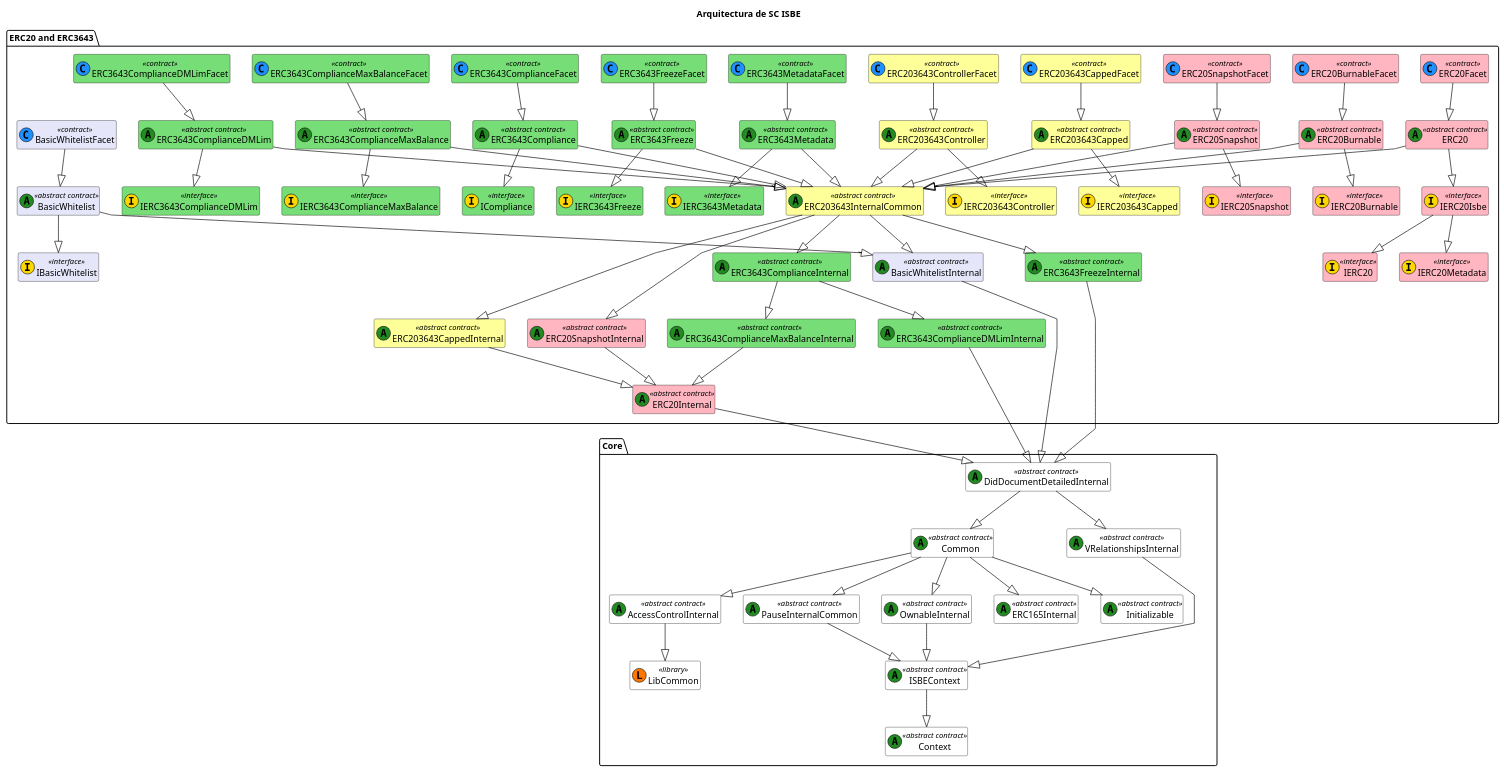
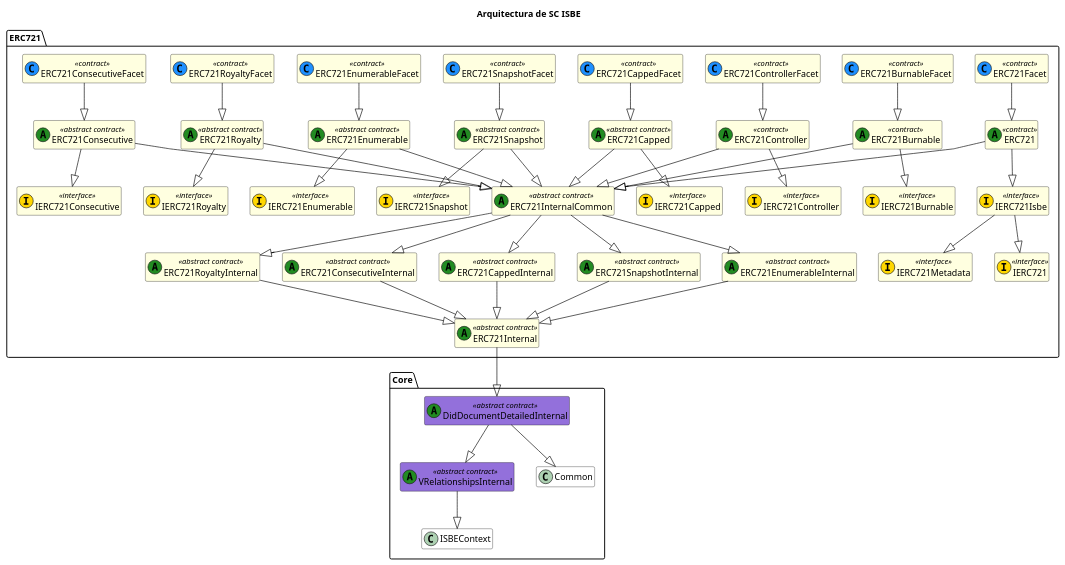
The diagram in docs/diagrams/ISBE-SC-UML-Global-Functional_2.puml (red-isbe/isbe-contracts), drawn with PlantUML before and after one commit. The commit also changed 18 other files, not shown here.

Commit message:
Update hierarchy relationship and uml diagrams to reflect current state (#361)

```diff
--- a/docs/diagrams/ISBE-SC-UML-Global-Functional_2.puml
+++ b/docs/diagrams/ISBE-SC-UML-Global-Functional_2.puml
@@ -1,184 +1,114 @@
 @startuml
 title Arquitectura de SC ISBE
 
 skinparam class {
     BackgroundColor White
     ArrowColor Black
     BorderColor Black
 }
 skinparam linetype polyline
 hide empty members
 
 ' === CORE ===
 package "Core" {
-    class Initializable <<(A,#228b22) abstract contract>>
-    class Common <<(A,#228b22) abstract contract>>
-    class DidDocumentDetailedInternal <<(A,#228b22) abstract contract>>
-    class VRelationshipsInternal <<(A,#228b22) abstract contract>>
-    class LibCommon << (L,#FF7700) library >>
-    class ISBEContext <<(A,#228b22) abstract contract>>
-    class AccessControlInternal <<(A,#228b22) abstract contract>> 
-    class PauseInternalCommon <<(A,#228b22) abstract contract>> 
-    class OwnableInternal <<(A,#228b22) abstract contract>> 
-    class ERC165Internal <<(A,#228b22) abstract contract>>
-    class Context <<(A,#228b22) abstract contract>>
+
+  ' --- DID and VRelationShip---
+    class DidDocumentDetailedInternal <<(A,#228b22) abstract contract>> #9370DB
+    class VRelationshipsInternal <<(A,#228b22) abstract contract>> #9370DB
 
     DidDocumentDetailedInternal --|> Common
     DidDocumentDetailedInternal --|> VRelationshipsInternal 
-    Common --|> Initializable
-    Common --|> ERC165Internal
-    Common --|> AccessControlInternal
-    Common --|> OwnableInternal
-    Common --|> PauseInternalCommon
     VRelationshipsInternal--|> ISBEContext
-    PauseInternalCommon --|> ISBEContext
-    OwnableInternal --|> ISBEContext
-    ISBEContext --|> Context
-    AccessControlInternal --|> LibCommon
+
 }
 
+' === ERC721 ===
+package "ERC721" {
+    class IERC721 <<(I,#FFD700) interface>> #FFFFE0
+    class IERC721Metadata <<(I,#FFD700) interface>> #FFFFE0
+    class IERC721Isbe <<(I,#FFD700) interface>> #FFFFE0  
+    class ERC721Internal <<(A,#228B22) abstract contract>> #FFFFE0
+    class ERC721InternalCommon <<(A,#228B22) abstract contract>> #FFFFE0
+    class ERC721 <<(A,#228B22) contract>> #FFFFE0
+    class ERC721Facet <<(C,#1E90FF) contract>> #FFFFE0
 
+    ERC721 --|> IERC721Isbe
+    IERC721Isbe--|> IERC721
+    IERC721Isbe--|> IERC721Metadata
+    ERC721 --|> ERC721InternalCommon
+    ERC721Internal --|> DidDocumentDetailedInternal 
+    ERC721Facet --|> ERC721
 
+    class IERC721Burnable <<(I,#FFD700) interface>> #FFFFE0
+    class ERC721Burnable <<(A,#228B22) contract>> #FFFFE0
+    class ERC721BurnableFacet <<(C,#1E90FF) contract>> #FFFFE0
 
-' === ERC20 and ERC3643 ===
-package "ERC20 and ERC3643" {
-    class IERC20 <<(I,#FFD700) interface>> #FFB6C1
-    class IERC20Metadata <<(I,#FFD700) interface>> #FFB6C1
-    class IERC20Isbe <<(I,#FFD700) interface>> #FFB6C1
-    class IERC20Burnable <<(I,#FFD700) interface>> #FFB6C1
-    class IERC20Snapshot <<(I,#FFD700) interface>> #FFB6C1
-    class IERC203643Capped <<(I,#FFD700) interface>> #FFFF99
-    class IERC203643Controller <<(I,#FFD700) interface>> #FFFF99
+    ERC721BurnableFacet --|> ERC721Burnable
+    ERC721Burnable --|> IERC721Burnable
+    ERC721Burnable --|> ERC721InternalCommon
+
+    class IERC721Controller <<(I,#FFD700) interface>> #FFFFE0
+    class ERC721Controller <<(A,#228B22) contract>> #FFFFE0
+    class ERC721ControllerFacet <<(C,#1E90FF) contract>> #FFFFE0
+
+    ERC721ControllerFacet --|> ERC721Controller
+    ERC721Controller --|> IERC721Controller
+    ERC721Controller --|> ERC721InternalCommon
+
+    class IERC721Capped <<(I,#FFD700) interface>> #FFFFE0
+    class ERC721CappedInternal <<(A,#228B22) abstract contract>> #FFFFE0
+    class ERC721Capped <<(A,#228B22) abstract contract>> #FFFFE0
+    class ERC721CappedFacet <<(C,#1E90FF) contract>> #FFFFE0
+ 
+    ERC721CappedFacet --|> ERC721Capped
+    ERC721Capped --|> IERC721Capped
+    ERC721Capped --|> ERC721InternalCommon
+    ERC721InternalCommon --|> ERC721CappedInternal
+    ERC721CappedInternal --|> ERC721Internal
+
+    class IERC721Snapshot <<(I,#FFD700) interface>> #FFFFE0
+    class ERC721SnapshotInternal <<(A,#228B22) abstract contract>> #FFFFE0
+    class ERC721Snapshot <<(A,#228B22) abstract contract>> #FFFFE0
+    class ERC721SnapshotFacet <<(C,#1E90FF) contract>> #FFFFE0
     
+    ERC721SnapshotFacet --|> ERC721Snapshot
+    ERC721Snapshot --|> IERC721Snapshot
+    ERC721Snapshot --|> ERC721InternalCommon
+    ERC721InternalCommon --|> ERC721SnapshotInternal
+    ERC721SnapshotInternal --|> ERC721Internal
 
-    class ERC20 <<(A,#228B22) abstract contract>> #FFB6C1
-    class ERC20Facet <<(C,#1E90FF) contract>> #FFB6C1
-    class ERC20Internal <<(A,#228B22) abstract contract>> #FFB6C1
+    class IERC721Enumerable <<(I,#FFD700) interface>> #FFFFE0
+    class ERC721EnumerableInternal <<(A,#228B22) abstract contract>> #FFFFE0
+    class ERC721Enumerable <<(A,#228B22) abstract contract>> #FFFFE0
+    class ERC721EnumerableFacet <<(C,#1E90FF) contract>> #FFFFE0
 
-    class ERC20Burnable <<(A,#228B22) abstract contract>> #FFB6C1
-    class ERC20BurnableFacet <<(C,#1E90FF) contract>> #FFB6C1
+    ERC721EnumerableFacet --|> ERC721Enumerable
+    ERC721Enumerable --|> IERC721Enumerable
+    ERC721Enumerable --|> ERC721InternalCommon
+    ERC721InternalCommon --|> ERC721EnumerableInternal
+    ERC721EnumerableInternal --|> ERC721Internal
 
-    class ERC20Snapshot <<(A,#228B22) abstract contract>> #FFB6C1
-    class ERC20SnapshotFacet <<(C,#1E90FF) contract>> #FFB6C1
-    class ERC20SnapshotInternal <<(A,#228B22) abstract contract>> #FFB6C1
+    class IERC721Royalty <<(I,#FFD700) interface>> #FFFFE0
+    class ERC721RoyaltyInternal <<(A,#228B22) abstract contract>> #FFFFE0
+    class ERC721Royalty <<(A,#228B22) abstract contract>> #FFFFE0
+    class ERC721RoyaltyFacet <<(C,#1E90FF) contract>> #FFFFE0
+    
+    ERC721RoyaltyFacet --|> ERC721Royalty
+    ERC721Royalty --|> IERC721Royalty
+    ERC721Royalty --|> ERC721InternalCommon
+    ERC721InternalCommon --|> ERC721RoyaltyInternal
+    ERC721RoyaltyInternal --|> ERC721Internal
 
-    class ERC203643Capped <<(A,#228B22) abstract contract>> #FFFF99
-    class ERC203643CappedFacet <<(C,#1E90FF) contract>> #FFFF99
-    class ERC203643CappedInternal <<(A,#228B22) abstract contract>> #FFFF99
+    class IERC721Consecutive <<(I,#FFD700) interface>> #FFFFE0
+    class ERC721ConsecutiveInternal <<(A,#228B22) abstract contract>> #FFFFE0
+    class ERC721Consecutive <<(A,#228B22) abstract contract>> #FFFFE0
+    class ERC721ConsecutiveFacet <<(C,#1E90FF) contract>> #FFFFE0
 
-    class ERC203643Controller <<(A,#228B22) abstract contract>> #FFFF99
-    class ERC203643ControllerFacet <<(C,#1E90FF) contract>> #FFFF99
-
-    
-
-    ERC20 --|> IERC20Isbe
-    IERC20Isbe --|> IERC20
-    IERC20Isbe --|> IERC20Metadata
-    
-  
-    ERC20Internal --|> DidDocumentDetailedInternal 
-    ERC20Facet --|> ERC20
-
-    ERC20Burnable --|> IERC20Burnable
-    ERC20BurnableFacet --|> ERC20Burnable
-
-    ERC203643Capped --|> IERC203643Capped
-    ERC203643CappedFacet --|> ERC203643Capped
-    ERC203643CappedInternal --|> ERC20Internal
-
-    ERC203643Controller --|> IERC203643Controller
-    ERC203643ControllerFacet --|> ERC203643Controller
-
-    ERC20Snapshot --|> IERC20Snapshot
-    ERC20SnapshotFacet --|> ERC20Snapshot
-    ERC20SnapshotInternal --|> ERC20Internal
-
-
-
-    ' --- Metadata ---
-    class IERC3643Metadata <<(I,#FFD700) interface>> #77DD77
-    class ERC3643Metadata <<(A,#228B22) abstract contract>> #77DD77
-    class ERC3643MetadataFacet <<(C,#1E90FF) contract>> #77DD77
-
-    ERC3643MetadataFacet --|> ERC3643Metadata 
-    ERC3643Metadata --|> IERC3643Metadata   
-
-    ' --- Freeze ---
-    class IERC3643Freeze <<(I,#FFD700) interface>> #77DD77
-    class ERC3643FreezeInternal <<(A,#228B22) abstract contract>> #77DD77
-    class ERC3643Freeze <<(A,#228B22) abstract contract>> #77DD77
-    class ERC3643FreezeFacet <<(C,#1E90FF) contract>> #77DD77
-
-    ERC3643FreezeFacet --|> ERC3643Freeze
-    ERC3643Freeze --|> IERC3643Freeze  
-    ERC3643FreezeInternal --|> DidDocumentDetailedInternal 
-
-    ' --- Compliance---
-    class ICompliance <<(I,#FFD700) interface>> #77DD77
-    class ERC3643ComplianceInternal <<(A,#228B22) abstract contract>> #77DD77
-    class ERC3643Compliance <<(A,#228B22) abstract contract>> #77DD77
-    class ERC3643ComplianceFacet <<(C,#1E90FF) contract>> #77DD77
-    
-    ERC3643ComplianceFacet --|> ERC3643Compliance
-    ERC3643Compliance --|> ICompliance   
-
-    ' --- Compliance Max Balance---
-    class IERC3643ComplianceMaxBalance <<(I,#FFD700) interface>> #77DD77
-    class ERC3643ComplianceMaxBalanceInternal <<(A,#228B22) abstract contract>> #77DD77
-    class ERC3643ComplianceMaxBalance <<(A,#228B22) abstract contract>> #77DD77
-    class ERC3643ComplianceMaxBalanceFacet <<(C,#1E90FF) contract>> #77DD77
-    
-    ERC3643ComplianceMaxBalanceFacet --|> ERC3643ComplianceMaxBalance
-    ERC3643ComplianceMaxBalance --|> IERC3643ComplianceMaxBalance 
-    ERC3643ComplianceMaxBalanceInternal --|> ERC20Internal
-
-    ERC3643ComplianceInternal --|> ERC3643ComplianceMaxBalanceInternal 
-
-   ' --- DM Limit---
-    class IERC3643ComplianceDMLim<<(I,#FFD700) interface>> #77DD77
-    class ERC3643ComplianceDMLimInternal<<(A,#228B22) abstract contract>> #77DD77
-    class ERC3643ComplianceDMLim<<(A,#228B22) abstract contract>> #77DD77
-    class ERC3643ComplianceDMLimFacet<<(C,#1E90FF) contract>> #77DD77
-    
-    ERC3643ComplianceDMLimFacet--|> ERC3643ComplianceDMLim
-    ERC3643ComplianceDMLim--|> IERC3643ComplianceDMLim
-    ERC3643ComplianceDMLimInternal--|> DidDocumentDetailedInternal
-
-    ERC3643ComplianceInternal --|> ERC3643ComplianceDMLimInternal
-
-    ' --- BasicWhitelist ---
-    class IBasicWhitelist <<(I,#FFD700) interface>> #E6E6FA
-    class BasicWhitelistInternal <<(A,#228B22) abstract contract>> #E6E6FA
-    class BasicWhitelist <<(A,#228B22) abstract contract>> #E6E6FA
-    class BasicWhitelistFacet <<(C,#1E90FF) contract>> #E6E6FA
-
-    BasicWhitelistFacet --|> BasicWhitelist
-    BasicWhitelist --|> IBasicWhitelist  
-    BasicWhitelist --|> BasicWhitelistInternal
-    BasicWhitelistInternal --|> DidDocumentDetailedInternal 
-    
-
-    ' --- ERC203643 Internal Common ---
-    class ERC203643InternalCommon <<(A,#228B22) abstract contract>> #FFFF99
-    ERC203643InternalCommon --|> ERC20SnapshotInternal
-    ERC203643InternalCommon --|> ERC203643CappedInternal
-    ERC203643InternalCommon --|> ERC3643FreezeInternal
-    ERC203643InternalCommon --|> ERC3643ComplianceInternal
-    ERC203643InternalCommon --|> BasicWhitelistInternal
-
-
-    ERC3643Metadata --|> ERC203643InternalCommon
-    ERC3643Freeze --|> ERC203643InternalCommon
-    ERC20 --|> ERC203643InternalCommon
-    ERC20Burnable --|> ERC203643InternalCommon
-    ERC203643Capped --|> ERC203643InternalCommon
-    ERC203643Controller --|> ERC203643InternalCommon
-    ERC20Snapshot --|> ERC203643InternalCommon
-    ERC3643Compliance --|> ERC203643InternalCommon
-    ERC3643ComplianceMaxBalance --|> ERC203643InternalCommon
-    ERC3643ComplianceDMLim --|> ERC203643InternalCommon
-    
-
+    ERC721ConsecutiveFacet --|> ERC721Consecutive
+    ERC721Consecutive --|> IERC721Consecutive
+    ERC721Consecutive --|> ERC721InternalCommon
+    ERC721InternalCommon --|> ERC721ConsecutiveInternal
+    ERC721ConsecutiveInternal --|> ERC721Internal
 
 }
 @enduml
```
